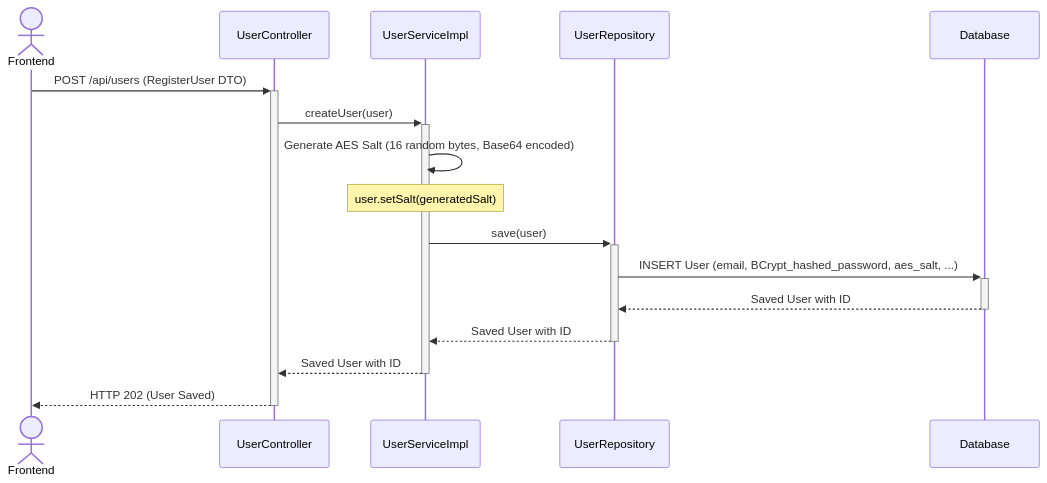
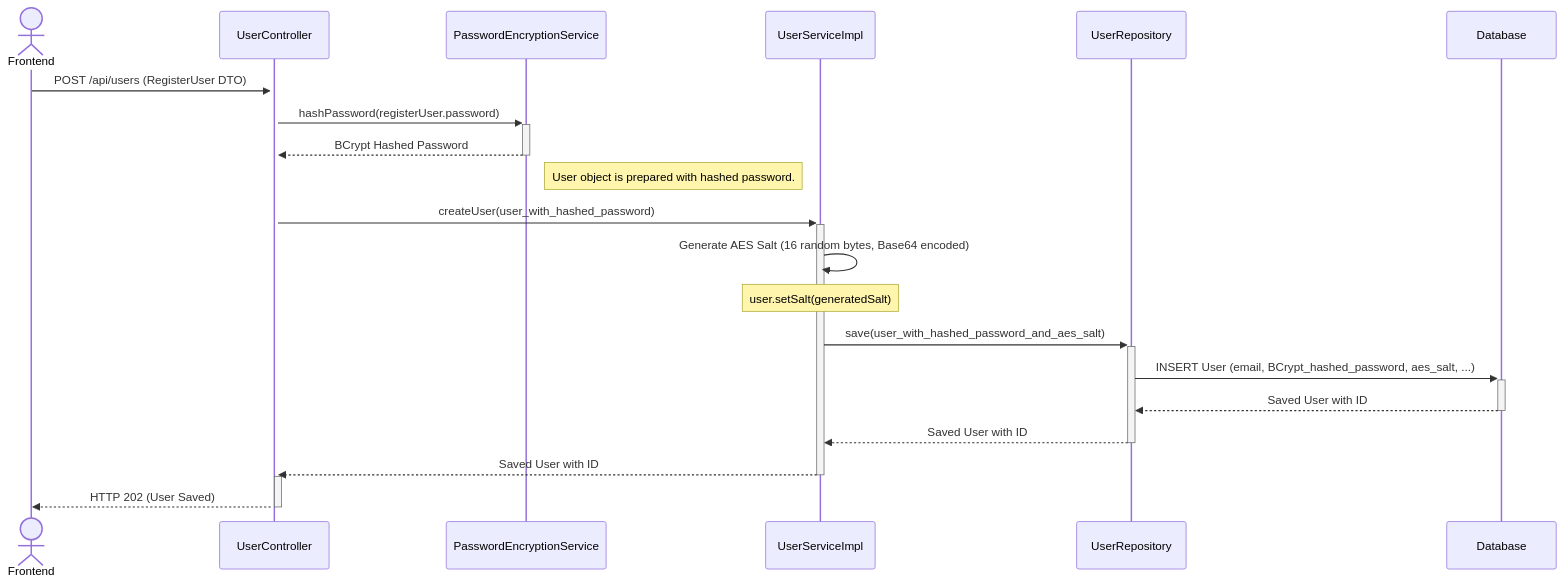
The first of 4 diagrams in documentation/solution/01_secret_encryption_with_salt.md (isaaclins/m183), drawn with Mermaid before and after one commit.

Commit message:
refactor: update sequence diagram in secret encryption documentation to include PasswordEncryptionService for hashing passwords before user creation

````diff
--- a/documentation/solution/01_secret_encryption_with_salt.md
+++ b/documentation/solution/01_secret_encryption_with_salt.md
@@ -230,20 +230,25 @@
 ```mermaid
 sequenceDiagram
     actor Frontend
     participant UserController
+    participant PasswordEncryptionService
     participant UserServiceImpl
     participant UserRepository
     participant Database
 
     Frontend->>+UserController: POST /api/users (RegisterUser DTO)
-    UserController->>+UserServiceImpl: createUser(user)
+    UserController->>+PasswordEncryptionService: hashPassword(registerUser.password)
+    PasswordEncryptionService-->>-UserController: BCrypt Hashed Password
+    Note left of UserServiceImpl: User object is prepared with hashed password.
+    UserController->>+UserServiceImpl: createUser(user_with_hashed_password)
     UserServiceImpl->>UserServiceImpl: Generate AES Salt (16 random bytes, Base64 encoded)
     Note over UserServiceImpl: user.setSalt(generatedSalt)
-    UserServiceImpl->>+UserRepository: save(user)
+    UserServiceImpl->>+UserRepository: save(user_with_hashed_password_and_aes_salt)
     UserRepository->>+Database: INSERT User (email, BCrypt_hashed_password, aes_salt, ...)
     Database-->>-UserRepository: Saved User with ID
     UserRepository-->>-UserServiceImpl: Saved User with ID
     UserServiceImpl-->>-UserController: Saved User with ID
+    activate UserController
     UserController-->>-Frontend: HTTP 202 (User Saved)
 
 ```
````
